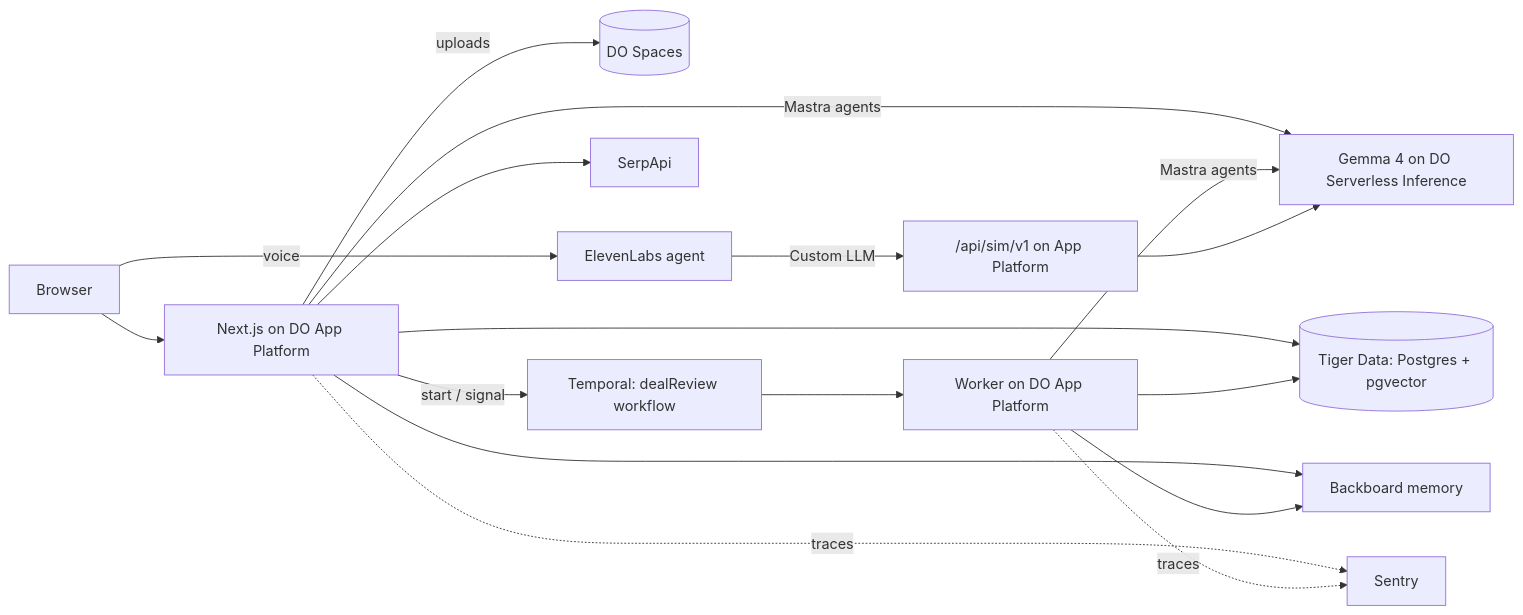
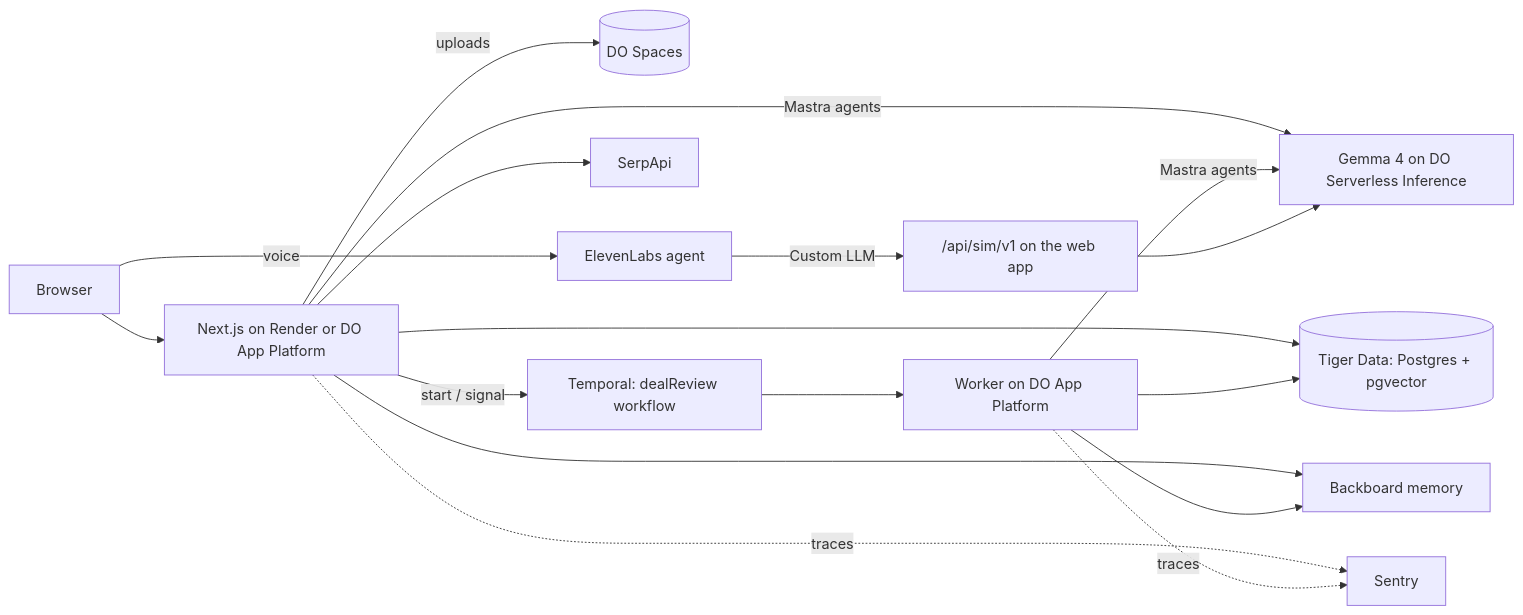
One commit to Reet24-del/panga changed the diagram in README.md. Above: the diagram before and after it, drawn with Mermaid. The commit also changed other lines of this file and 2 other files, not shown here.

First line of the commit message:
Connect to Tiger Cloud and document the free Render deploy

````diff
--- a/README.md
+++ b/README.md
@@ -51,15 +54,15 @@
 ```mermaid
 flowchart LR
-  B["Browser"] --> W["Next.js on DO App Platform"]
+  B["Browser"] --> W["Next.js on Render or DO App Platform"]
   W -->|uploads| S[("DO Spaces")]
   W -->|start / signal| T["Temporal: dealReview workflow"]
   T --> K["Worker on DO App Platform"]
   W & K -->|Mastra agents| G["Gemma 4 on DO Serverless Inference"]
   W & K --> P[("Tiger Data: Postgres + pgvector")]
   W & K --> M["Backboard memory"]
   W --> R["SerpApi"]
   B -->|voice| E["ElevenLabs agent"]
-  E -->|Custom LLM| X["/api/sim/v1 on App Platform"]
+  E -->|Custom LLM| X["/api/sim/v1 on the web app"]
   X --> G
   W & K -.->|traces| N["Sentry"]
 ```
````
